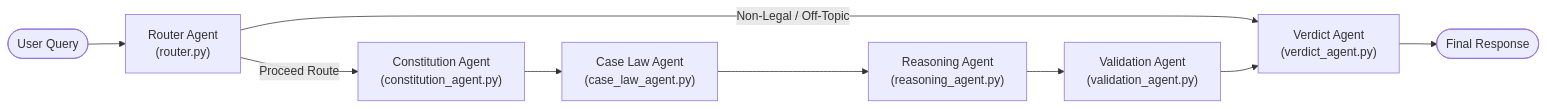
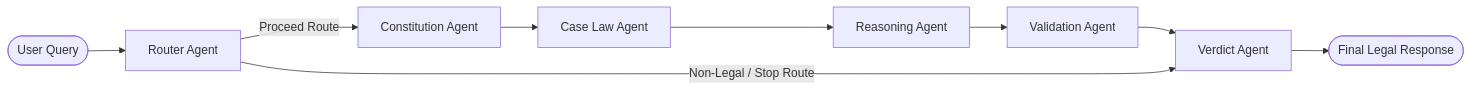
Before and after one commit to ramsaitanguturi/Indian-Constitution-: the second of 3 diagrams in README.md, drawn with Mermaid. The commit also changed other lines of this file, not shown here.

````diff
--- a/README.md
+++ b/README.md
@@ -125,14 +62,14 @@
 ```mermaid
 flowchart LR
-    UserQuery([User Query]) --> Router["Router Agent <br>(router.py)"]
+    UserQuery([User Query]) --> Router["Router Agent"]
     
-    Router -->|Non-Legal / Off-Topic| Verdict["Verdict Agent <br>(verdict_agent.py)"]
-    Router -->|Proceed Route| Const["Constitution Agent <br>(constitution_agent.py)"]
+    Router -->|Proceed Route| Const["Constitution Agent"]
+    Const --> Case["Case Law Agent"]
+    Case --> Reason["Reasoning Agent"]
+    Reason --> Valid["Validation Agent"]
+    Valid --> Verdict["Verdict Agent"]
     
-    Const --> Case["Case Law Agent <br>(case_law_agent.py)"]
-    Case --> Reason["Reasoning Agent <br>(reasoning_agent.py)"]
-    Reason --> Valid["Validation Agent <br>(validation_agent.py)"]
-    Valid --> Verdict
+    Router -->|Non-Legal / Stop Route| Verdict
     
-    Verdict --> FinalAnswer([Final Response])
+    Verdict --> FinalResponse([Final Legal Response])
 ```
````
